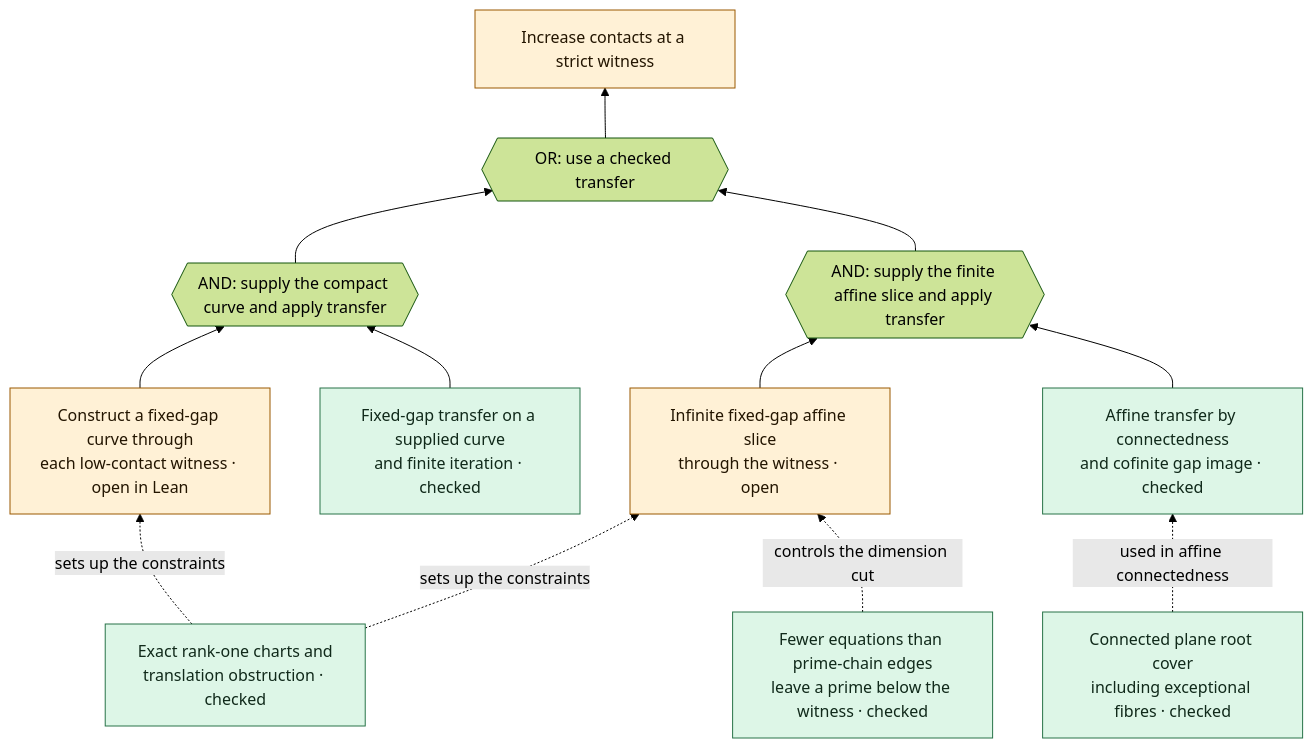
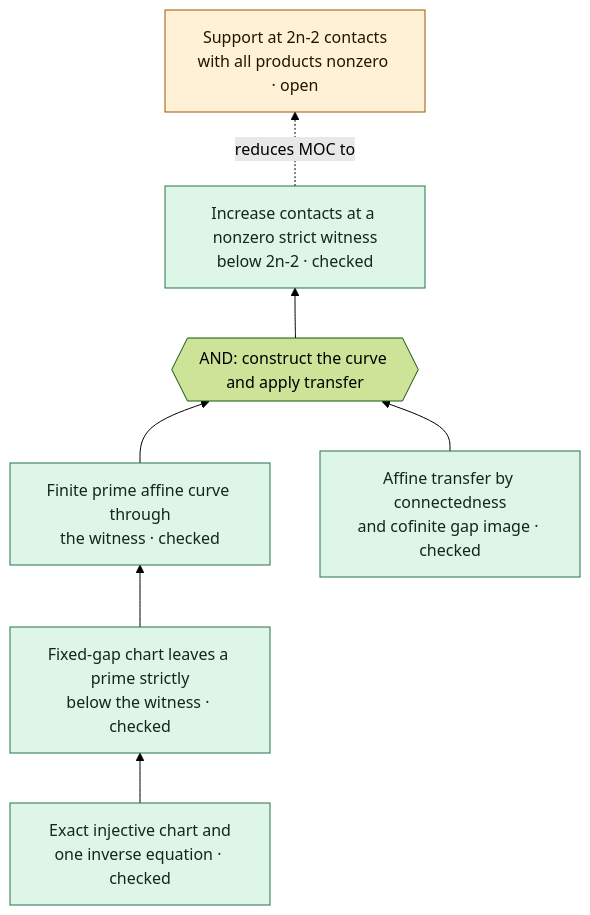
Before and after one commit to ascendnoosphere/MOC: the fourth of 4 diagrams in Lean/ProofTree.md, drawn with Mermaid (forest theme). The commit also changed other lines of this file and 11 other files, not shown here.

Commit message:
MOC: prove the all-order terminal contact reduction

````diff
--- a/Lean/ProofTree.md
+++ b/Lean/ProofTree.md
@@ -108,27 +106,18 @@
 ```mermaid
 flowchart BT
-    TRANSFER["Increase contacts at a strict witness"]:::open
-    ORC{{"OR: use a checked transfer"}}
-    BOTH{{"AND: supply the compact curve and apply transfer"}}
-    PLA{{"AND: supply the finite affine slice and apply transfer"}}
-    MODEL["Infinite fixed-gap affine slice<br/>through the witness · open"]:::open
-    HEIGHT["Fewer equations than prime-chain edges<br/>leave a prime below the witness · checked"]:::checked
+    TRANSFER["Increase contacts at a nonzero strict witness<br/>below 2n-2 · checked"]:::checked
+    BOTH{{"AND: construct the curve and apply transfer"}}
+    CUT["Fixed-gap chart leaves a prime strictly<br/>below the witness · checked"]:::checked
+    MODEL["Finite prime affine curve through<br/>the witness · checked"]:::checked
     STEP["Affine transfer by connectedness<br/>and cofinite gap image · checked"]:::checked
-    SLICE["Construct a fixed-gap curve through<br/>each low-contact witness · open in Lean"]:::open
-    FIXED["Fixed-gap transfer on a supplied curve<br/>and finite iteration · checked"]:::checked
-    PLANE["Connected plane root cover<br/>including exceptional fibres · checked"]:::checked
-    CHART["Exact rank-one charts and<br/>translation obstruction · checked"]:::checked
-    PLANE -. used in affine connectedness .-> STEP
-    CHART -. sets up the constraints .-> SLICE
-    CHART -. sets up the constraints .-> MODEL
-    HEIGHT -. controls the dimension cut .-> MODEL
-    SLICE --> BOTH
-    FIXED --> BOTH
-    BOTH --> ORC
-    MODEL --> PLA
-    STEP --> PLA
-    PLA --> ORC
-    ORC --> TRANSFER
+    CHART["Exact injective chart and<br/>one inverse equation · checked"]:::checked
+    TERMINAL["Support at 2n-2 contacts<br/>with all products nonzero · open"]:::open
+    CHART --> CUT
+    CUT --> MODEL
+    MODEL --> BOTH
+    STEP --> BOTH
+    BOTH --> TRANSFER
+    TRANSFER -. reduces MOC to .-> TERMINAL
     classDef open fill:#fff1d6,stroke:#9a5900,color:#231500
     classDef checked fill:#ddf6e7,stroke:#287348,color:#10291a
 ```
````
